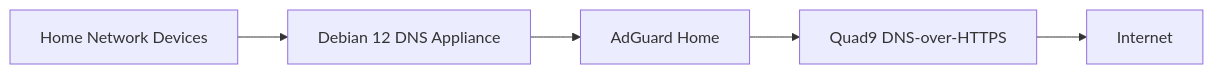
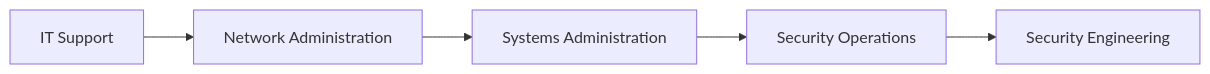
One commit to cyber-tech-repo/it-security-portfolio changed the diagram in README.md. Above: the diagram before and after it, drawn with Mermaid. The commit also changed other lines of this file and 10 other files, not shown here.

````diff
--- a/README.md
+++ b/README.md
@@ -25,7 +41,14 @@
 ```mermaid
-graph LR
-    A[Home Network Devices] --> B[Debian 12 DNS Appliance]
-    B --> C[AdGuard Home]
-    C --> D[Quad9 DNS-over-HTTPS]
-    D --> E[Internet]
+flowchart LR
+
+    Support[IT Support]
+    Networking[Network Administration]
+    Systems[Systems Administration]
+    SecurityOps[Security Operations]
+    Engineering[Security Engineering]
+
+    Support --> Networking
+    Networking --> Systems
+    Systems --> SecurityOps
+    SecurityOps --> Engineering
 ```
````
